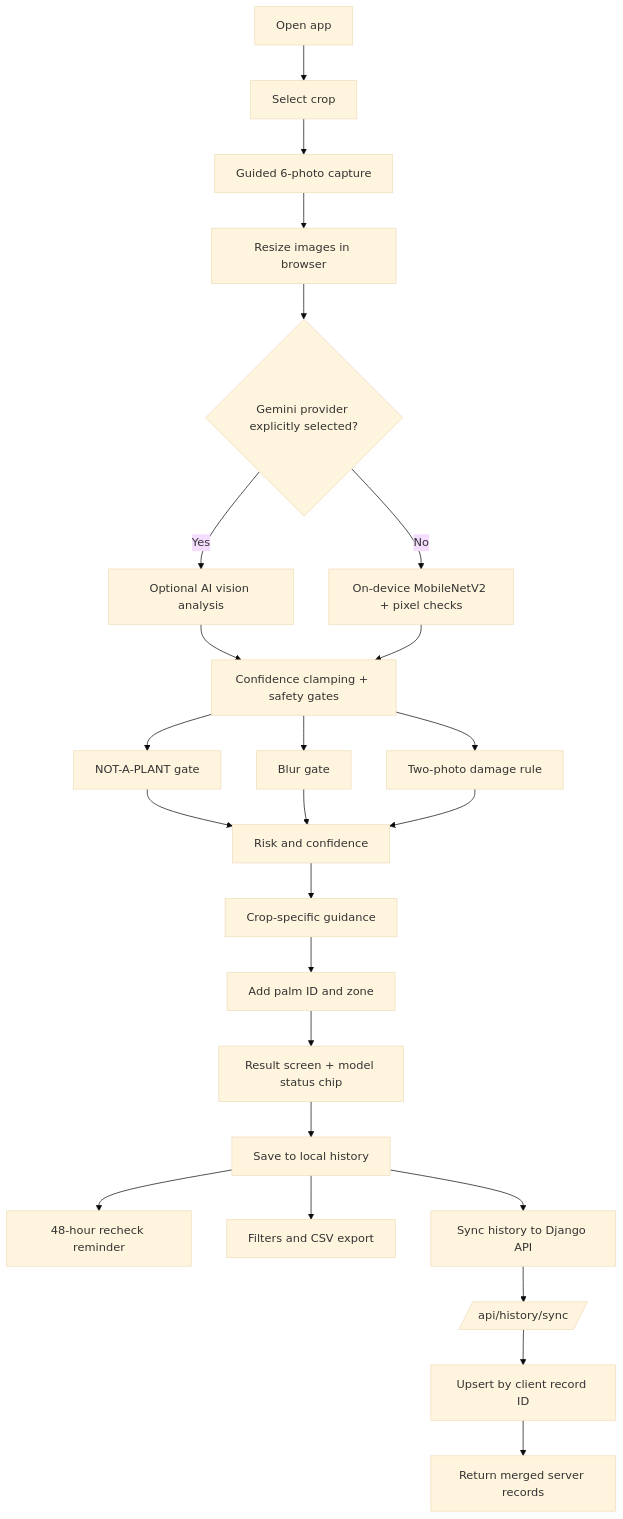
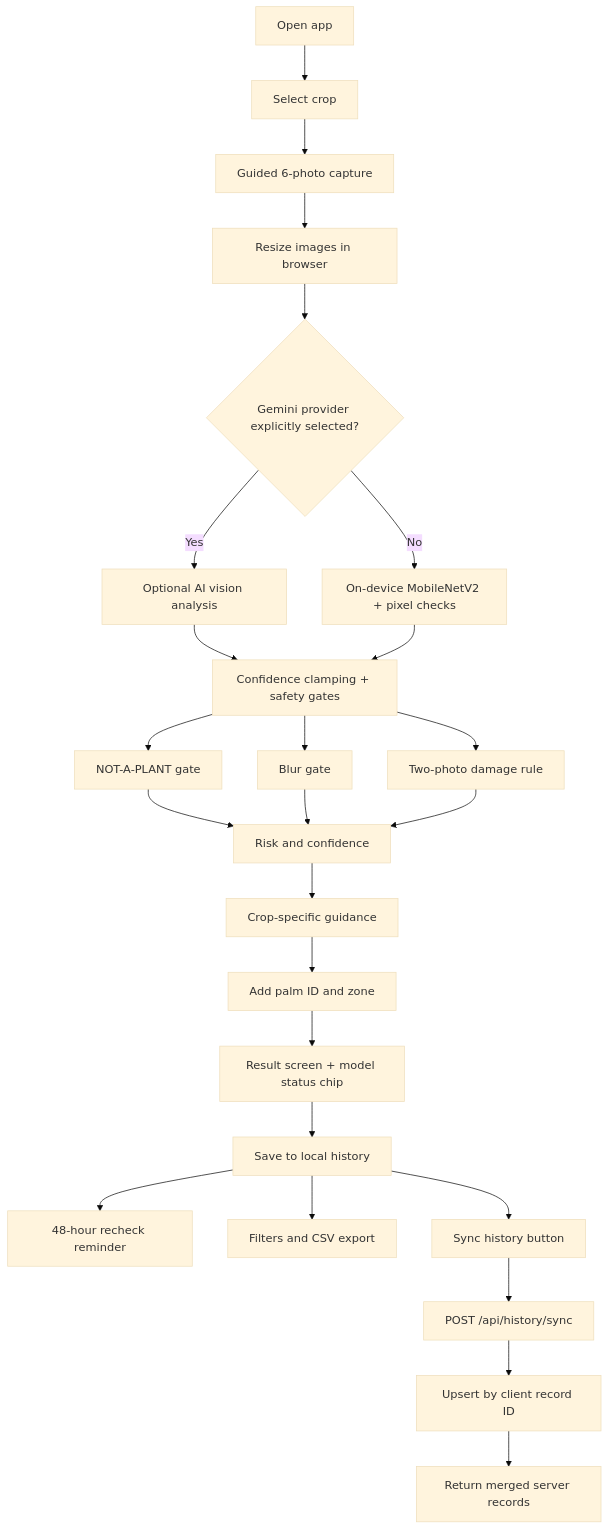
One commit to Njbalamani/AGRI-DETECT changed the second of 2 diagrams in README.md. Above: the diagram before and after it, drawn with Mermaid (base theme). The commit also changed other lines of this file and 4 other files, not shown here.

````diff
--- a/README.md
+++ b/README.md
@@ -91,33 +144,32 @@
 ```mermaid
 flowchart TD
     A[Open app] --> B[Select crop]
     B --> C[Guided 6-photo capture]
     C --> D[Resize images in browser]
     D --> E{Gemini provider explicitly selected?}
 
     E -- Yes --> F[Optional AI vision analysis]
     E -- No --> G[On-device MobileNetV2 + pixel checks]
 
     F --> H[Confidence clamping + safety gates]
     G --> H
 
     H --> H1[NOT-A-PLANT gate]
     H --> H2[Blur gate]
     H --> H3[Two-photo damage rule]
     H1 --> I[Risk and confidence]
     H2 --> I
     H3 --> I
 
     I --> J[Crop-specific guidance]
     J --> K[Add palm ID and zone]
     K --> L[Result screen + model status chip]
     L --> M[Save to local history]
 
     M --> N[48-hour recheck reminder]
     M --> O[Filters and CSV export]
-    M --> P[Sync history to Django API]
-
-    P --> Q[/api/history/sync/]
+    M --> P[Sync history button]
+    P --> Q[POST /api/history/sync]
     Q --> R[Upsert by client record ID]
     R --> S[Return merged server records]
 ```
````
